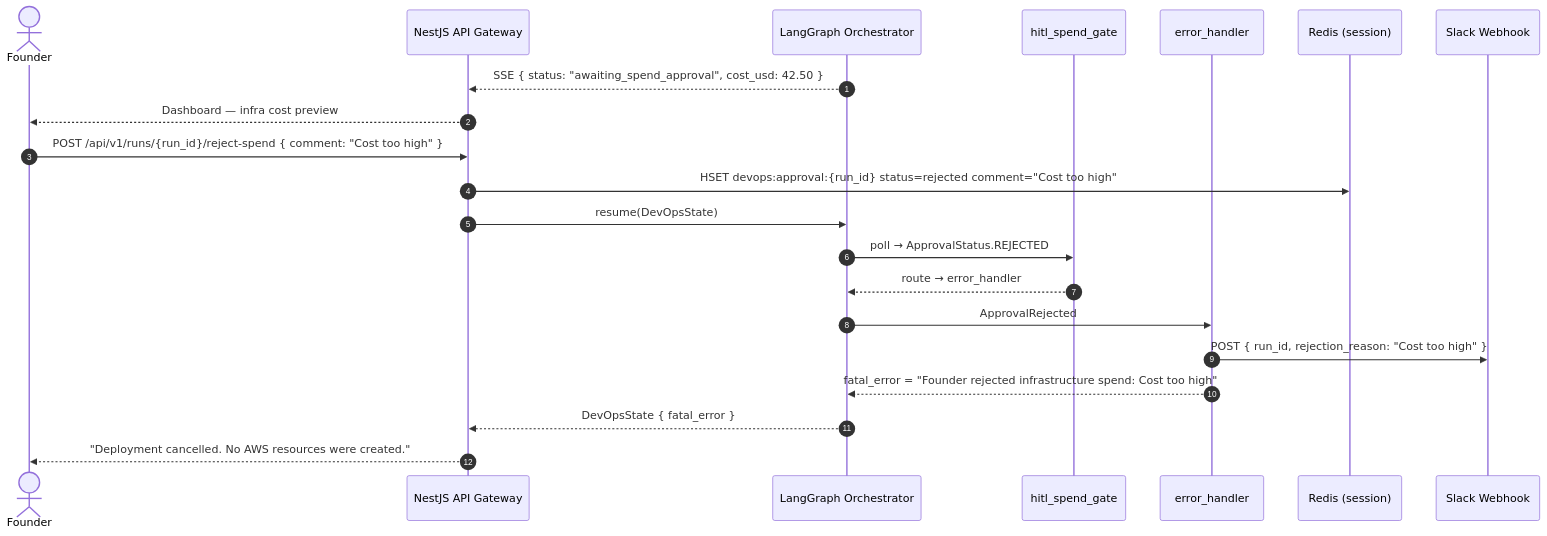
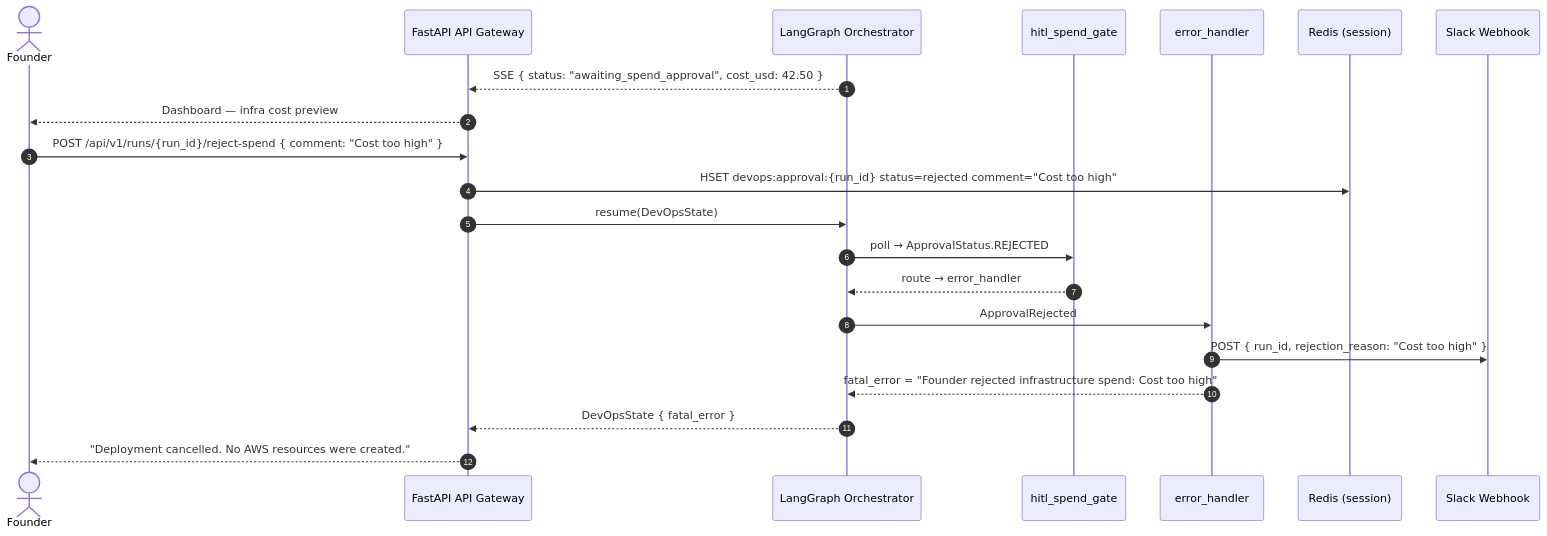
The fourth of 5 diagrams in docs/architecture/Agents-Architecture/devops-agent.md (kaushraj1/AutoFounder), drawn with Mermaid before and after one commit. The commit also changed other lines of this file and 9 other files, not shown here.

First line of the commit message:
refactor(docs): migrate docs/architecture to the canonical stack

````diff
--- a/docs/architecture/Agents-Architecture/devops-agent.md
+++ b/docs/architecture/Agents-Architecture/devops-agent.md
@@ -1637,28 +1649,28 @@
 ```mermaid
 sequenceDiagram
     autonumber
     actor Founder
-    participant API   as NestJS API Gateway
+    participant API   as FastAPI API Gateway
     participant Graph as LangGraph Orchestrator
     participant Gate  as hitl_spend_gate
     participant EH    as error_handler
     participant Redis as Redis (session)
     participant Slack as Slack Webhook
 
     Graph -->> API: SSE { status: "awaiting_spend_approval", cost_usd: 42.50 }
     API -->> Founder: Dashboard — infra cost preview
 
     Founder ->> API: POST /api/v1/runs/{run_id}/reject-spend { comment: "Cost too high" }
     API ->> Redis: HSET devops:approval:{run_id} status=rejected comment="Cost too high"
     API ->> Graph: resume(DevOpsState)
 
     Graph ->> Gate: poll → ApprovalStatus.REJECTED
     Gate -->> Graph: route → error_handler
 
     Graph ->> EH: ApprovalRejected
     EH ->> Slack: POST { run_id, rejection_reason: "Cost too high" }
     EH -->> Graph: fatal_error = "Founder rejected infrastructure spend: Cost too high"
 
     Graph -->> API: DevOpsState { fatal_error }
     API -->> Founder: "Deployment cancelled. No AWS resources were created."
 ```
````
